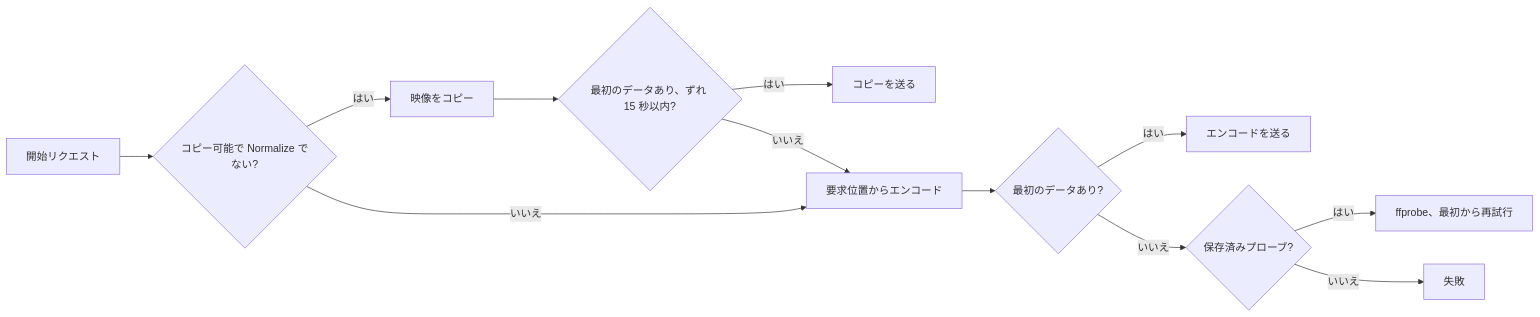
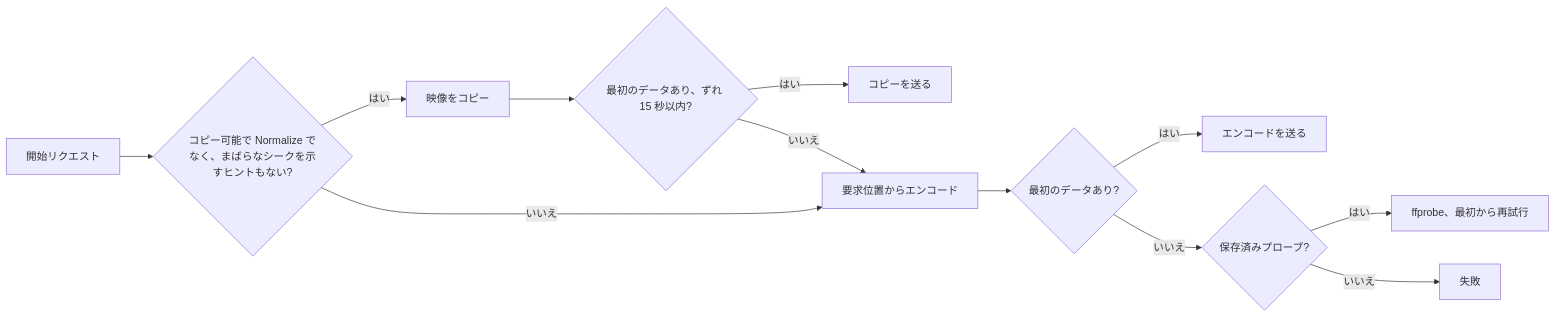
Before and after one commit to syudead/vv: the fourth of 6 diagrams in translations/ja/docs/design-docs/live-transcode-seek.md, drawn with Mermaid. The commit also changed other lines of this file and 23 other files, not shown here.

````diff
--- a/translations/ja/docs/design-docs/live-transcode-seek.md
+++ b/translations/ja/docs/design-docs/live-transcode-seek.md
@@ -81,14 +81,14 @@
 ```mermaid
 flowchart LR
-  req[開始リクエスト] --> can{コピー可能で Normalize でない?}
+  req[開始リクエスト] --> can{コピー可能で Normalize でなく、まばらなシークを示すヒントもない?}
   can -->|はい| copy[映像をコピー]
   copy --> ok{最初のデータあり、ずれ 15 秒以内?}
   ok -->|はい| send[コピーを送る]
   can -->|いいえ| enc[要求位置からエンコード]
   ok -->|いいえ| enc
   enc --> eok{最初のデータあり?}
   eok -->|はい| sendenc[エンコードを送る]
   eok -->|いいえ| saved{保存済みプローブ?}
   saved -->|はい| reprobe[ffprobe、最初から再試行]
   saved -->|いいえ| fail[失敗]
 ```
````
